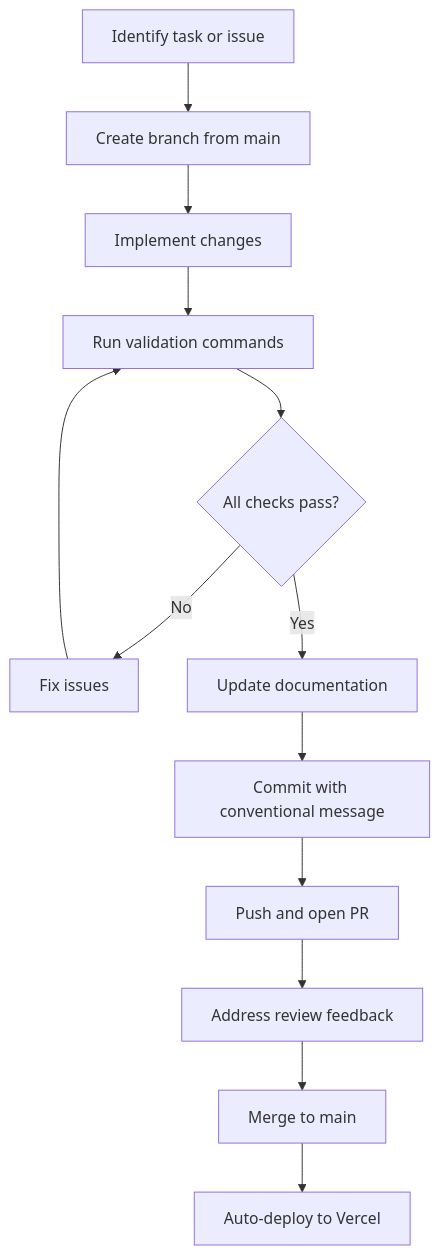
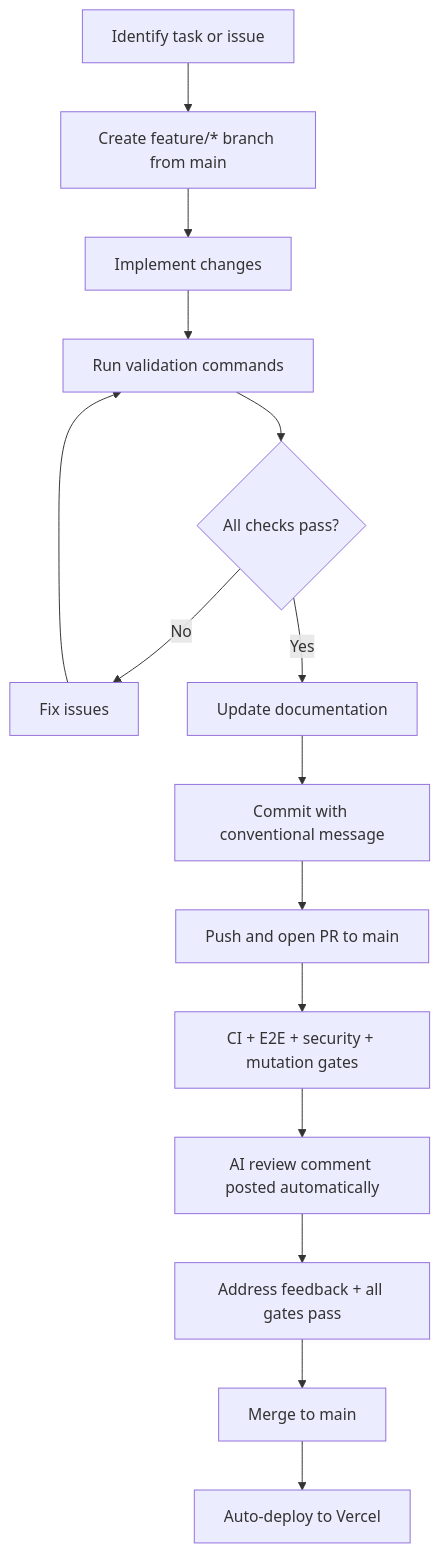
One commit to Oweeboi011/Fit-Ready-IQ changed the first of 5 diagrams in docs/wiki/CONTRIBUTING.md. Above: the diagram before and after it, drawn with Mermaid. The commit also changed other lines of this file and 55 other files, not shown here.

````diff
--- a/docs/wiki/CONTRIBUTING.md
+++ b/docs/wiki/CONTRIBUTING.md
@@ -31,15 +31,17 @@
 ```mermaid
 flowchart TD
-    A[Identify task or issue] --> B[Create branch from main]
+    A[Identify task or issue] --> B[Create feature/* branch from main]
     B --> C[Implement changes]
     C --> D[Run validation commands]
     D --> E{All checks pass?}
     E -->|No| F[Fix issues]
     F --> D
     E -->|Yes| G[Update documentation]
     G --> H[Commit with conventional message]
-    H --> I[Push and open PR]
-    I --> J[Address review feedback]
-    J --> K[Merge to main]
-    K --> L[Auto-deploy to Vercel]
+    H --> I[Push and open PR to main]
+    I --> J[CI + E2E + security + mutation gates]
+    J --> K[AI review comment posted automatically]
+    K --> L[Address feedback + all gates pass]
+    L --> M[Merge to main]
+    M --> N[Auto-deploy to Vercel]
 ```
````
